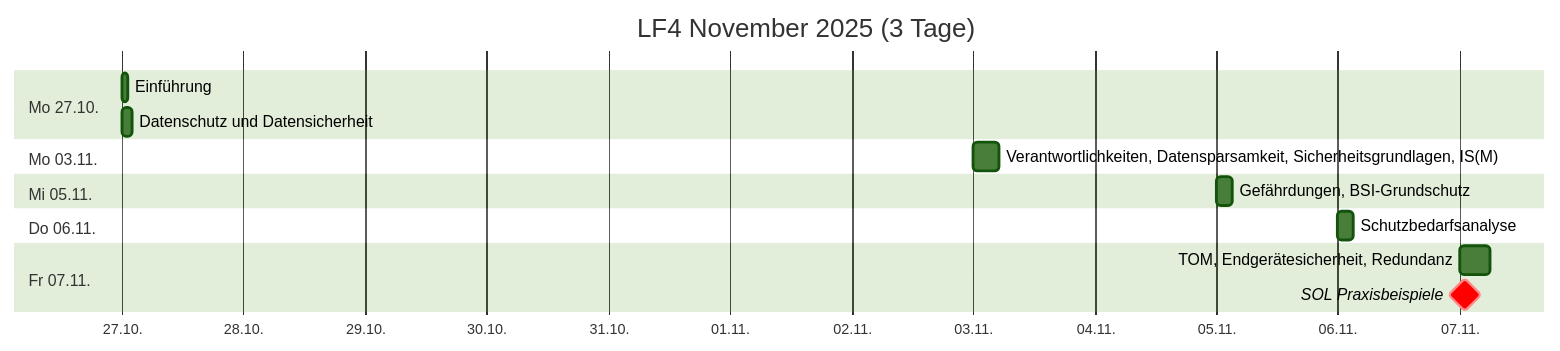
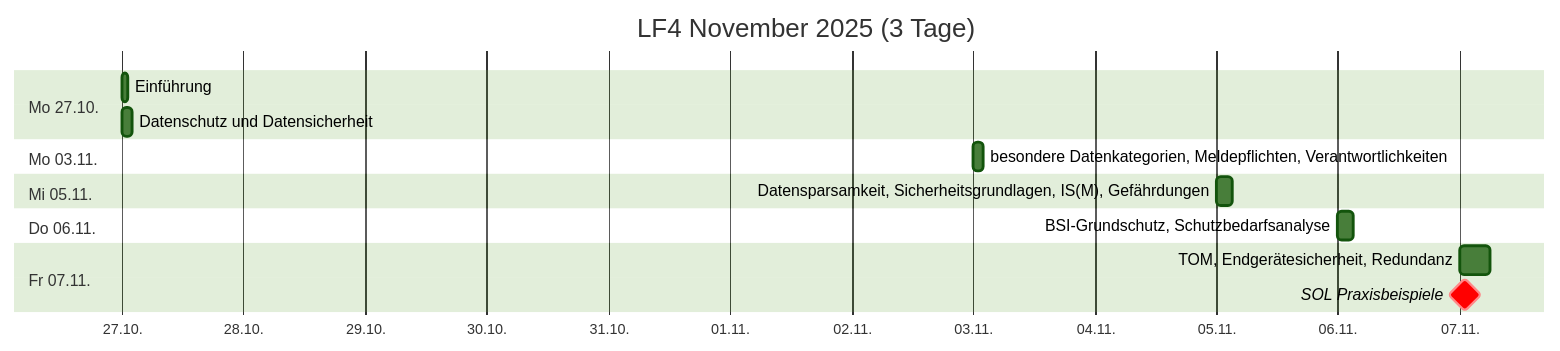
One commit to johannesloetzsch/LF4 changed the first of 4 diagrams in src/plan.md. Above: the diagram before and after it, drawn with Mermaid (forest theme). The commit also changed other lines of this file and 5 other files, not shown here.

````diff
--- a/src/plan.md
+++ b/src/plan.md
@@ -7,18 +7,18 @@
 ```mermaid
 gantt
  title LF4 November 2025 (3 Tage)
  dateFormat YYYY-MM-DD
  axisFormat %d.%m.
  section Mo 27.10.
   Einführung                      :2025-10-27, 1h
   Datenschutz und Datensicherheit :2025-10-27, 2h
  section Mo 03.11.
-  Verantwortlichkeiten, Datensparsamkeit, Sicherheitsgrundlagen, IS(M) :2025-11-03, 5h
+  besondere Datenkategorien, Meldepflichten, Verantwortlichkeiten  :2025-11-03, 2h
  section Mi 05.11.
-  Gefährdungen, BSI-Grundschutz   :2025-11-05, 3h
+  Datensparsamkeit, Sicherheitsgrundlagen, IS(M), Gefährdungen   :2025-11-05, 3h
  section Do 06.11.
-  Schutzbedarfsanalyse            :2025-11-06, 3h
+  BSI-Grundschutz, Schutzbedarfsanalyse  :2025-11-06, 3h
  section Fr 07.11.
   TOM, Endgerätesicherheit, Redundanz  :2025-11-07, 6h
   SOL Praxisbeispiele             :crit, milestone, 2025-11-07, 2h
 ```
````
